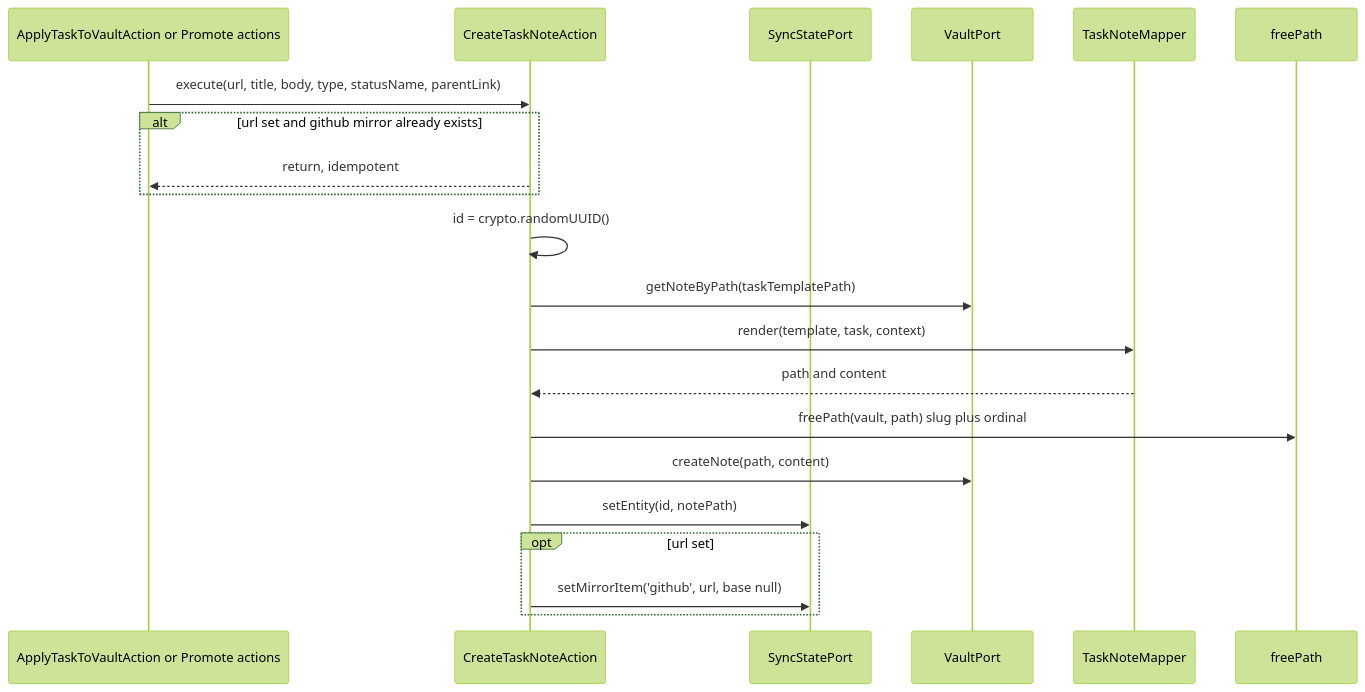
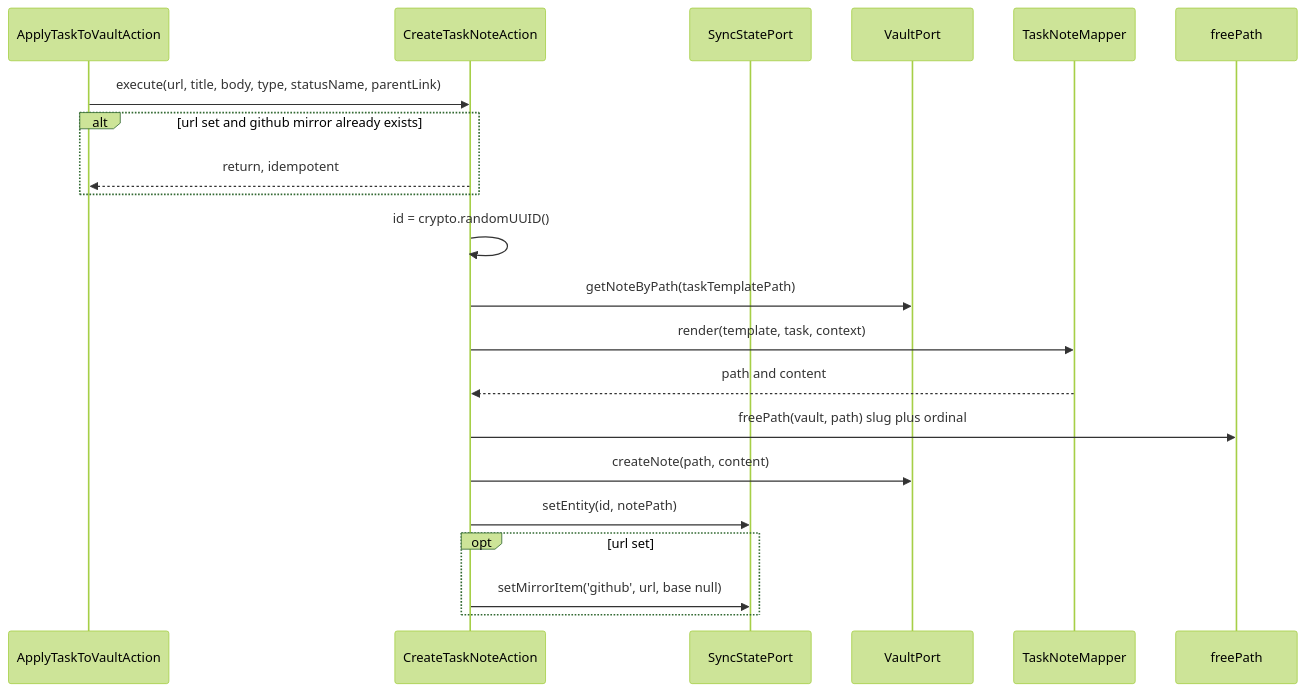
The ninth of 24 diagrams in docs/developer-manual.md (99linesofcode/obsidian-project-management), drawn with Mermaid (forest theme) before and after one commit. The commit also changed other lines of this file and 13 other files, not shown here.

````diff
--- a/docs/developer-manual.md
+++ b/docs/developer-manual.md
@@ -474,24 +472,24 @@
 ```mermaid
 sequenceDiagram
-  participant Caller as ApplyTaskToVaultAction or Promote actions
+  participant Caller as ApplyTaskToVaultAction
   participant C as CreateTaskNoteAction
   participant SS as SyncStatePort
   participant V as VaultPort
   participant M as TaskNoteMapper
   participant FP as freePath
 
   Caller->>C: execute(url, title, body, type, statusName, parentLink)
   alt url set and github mirror already exists
     C-->>Caller: return, idempotent
   end
   C->>C: id = crypto.randomUUID()
   C->>V: getNoteByPath(taskTemplatePath)
   C->>M: render(template, task, context)
   M-->>C: path and content
   C->>FP: freePath(vault, path) slug plus ordinal
   C->>V: createNote(path, content)
   C->>SS: setEntity(id, notePath)
   opt url set
     C->>SS: setMirrorItem('github', url, base null)
   end
 ```
````
